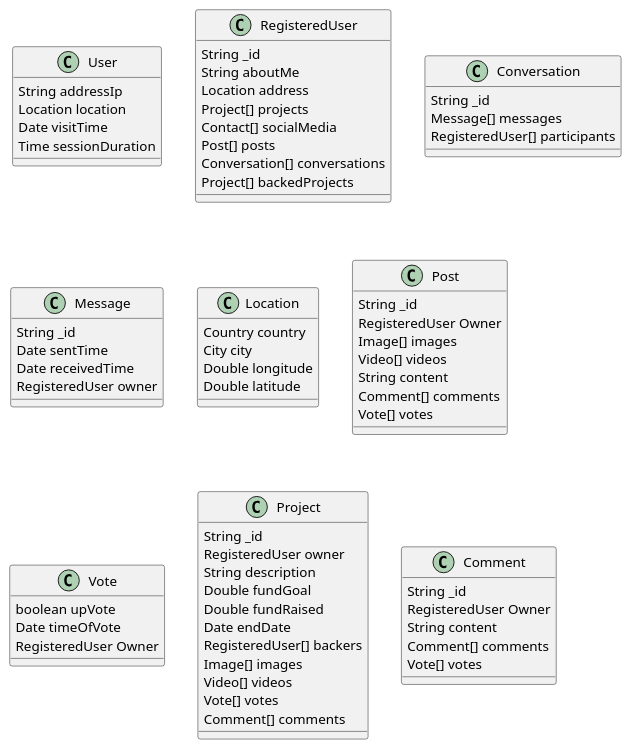
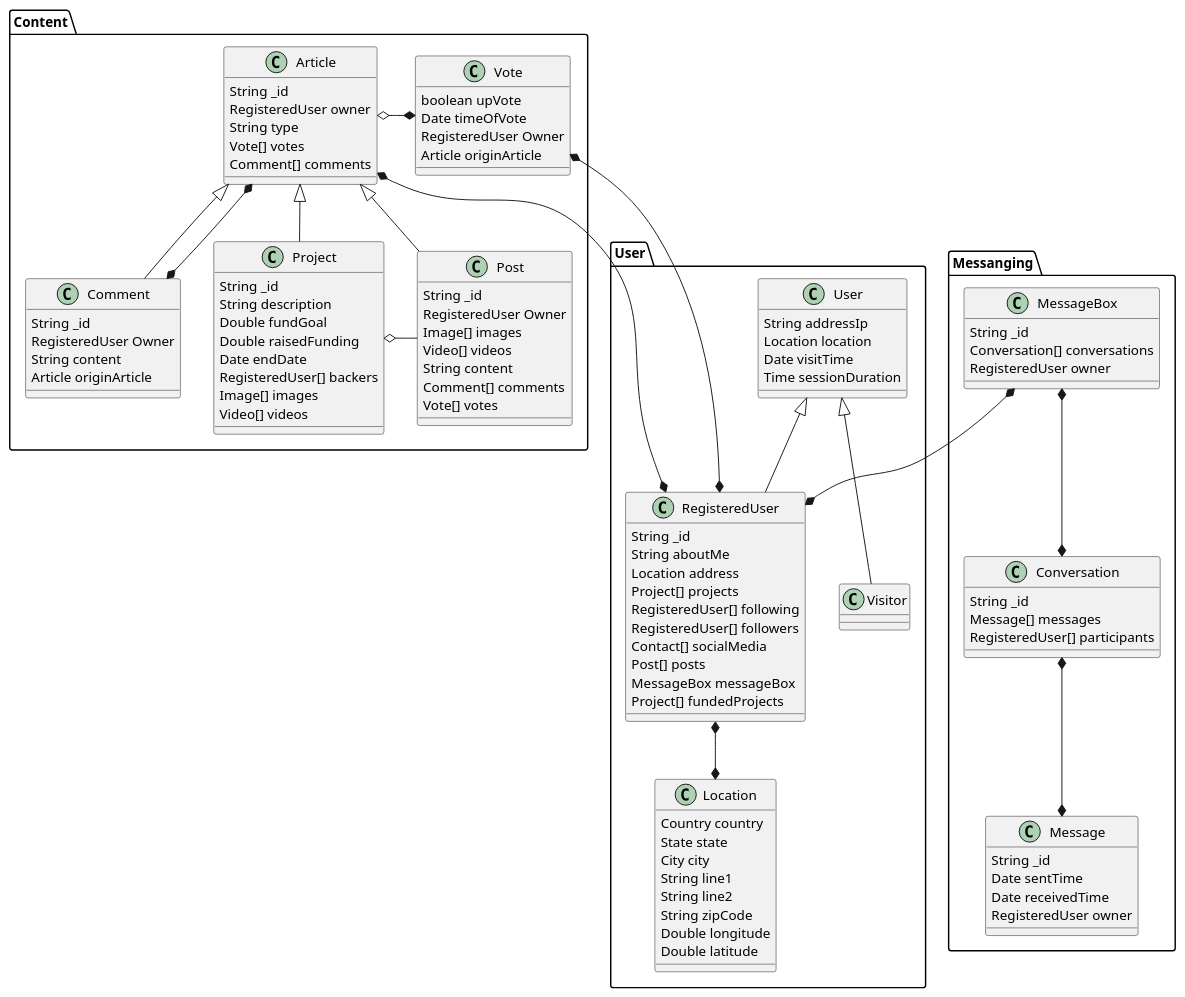
One commit to mlnomadpy/Sahem changed the diagram in Conception/Diagrams/plantUml/Class Diagrams/User.puml. Above: the diagram before and after it, drawn with PlantUML.

Commit message:
updated the class diagram

```diff
--- a/Conception/Diagrams/plantUml/Class Diagrams/User.puml
+++ b/Conception/Diagrams/plantUml/Class Diagrams/User.puml
@@ -1,70 +1,123 @@
 @startuml User
-class User {
-    String addressIp
-    Location location
-    Date visitTime
-    Time sessionDuration
+
+
+
+
+
+
+
+package Content{
+    class Post extends Article{
+        String _id
+        RegisteredUser Owner
+        Image[] images
+        Video[] videos
+        String content
+        Comment[] comments
+        Vote[] votes
+    }
+    class Vote{
+        boolean upVote
+        Date timeOfVote
+        RegisteredUser Owner
+        Article originArticle
+    }
+    class Project extends Article{
+        String _id
+        String description
+        Double fundGoal
+        Double raisedFunding
+        Date endDate
+        RegisteredUser[] backers
+        Image[] images
+        Video[] videos
+    }
+
+    class Comment extends Article{
+        String _id
+        RegisteredUser Owner
+        String content
+        Article originArticle
+    }
+    class Article{
+        String _id
+        RegisteredUser owner
+        String type
+        Vote[] votes
+        Comment[] comments
+    }
 }
-class RegisteredUser {
-    String _id
-    String aboutMe
-    Location address
-    Project[] projects
-    Contact[] socialMedia
-    Post[] posts
-    Conversation[] conversations
-    Project[] backedProjects
+package Messanging {
+
+    class MessageBox{
+        String _id
+        Conversation[] conversations
+        RegisteredUser owner
+    }
+    class Conversation{
+        String _id
+        Message[] messages
+        RegisteredUser[] participants
+    }
+    class Message{
+        String _id
+        Date sentTime
+        Date receivedTime
+        RegisteredUser owner
+    }
+
+
 }
-class Conversation{
-    String _id
-    Message[] messages
-    RegisteredUser[] participants
+package User{
+    
+    class User {
+        String addressIp
+        Location location
+        Date visitTime
+        Time sessionDuration
+    }
+
+
+    class RegisteredUser extends User{
+        String _id
+        String aboutMe
+        Location address
+        Project[] projects
+        RegisteredUser[] following
+        RegisteredUser[] followers
+        Contact[] socialMedia
+        Post[] posts
+        MessageBox messageBox
+        Project[] fundedProjects
+    }
+    class Visitor extends User{
+    }
+    class Location{
+        Country country
+        State state
+        City city
+        String line1
+        String line2
+        String zipCode
+        Double longitude
+        Double latitude
+    }
 }
-class Message{
-    String _id
-    Date sentTime
-    Date receivedTime
-    RegisteredUser owner
-}
-class Location{
-    Country country
-    City city
-    Double longitude
-    Double latitude
-}
-class Post{
-    String _id
-    RegisteredUser Owner
-    Image[] images
-    Video[] videos
-    String content
-    Comment[] comments
-    Vote[] votes
-}
-class Vote{
-    boolean upVote
-    Date timeOfVote
-    RegisteredUser Owner
-}
-class Project{
-    String _id
-    RegisteredUser owner
-    String description
-    Double fundGoal
-    Double fundRaised
-    Date endDate
-    RegisteredUser[] backers
-    Image[] images
-    Video[] videos
-    Vote[] votes
-    Comment[] comments
-}
+MessageBox  *--*  RegisteredUser
 
-class Comment{
-String _id
-RegisteredUser Owner
-String content
-Comment[] comments
-Vote[] votes
-}
+Article o-* Vote
+
+
+Article *--* Comment
+Project o- Post
+
+Article  *--*  RegisteredUser
+
+RegisteredUser *--* Location
+Vote  *---*  RegisteredUser
+
+MessageBox  *-down-*  Conversation
+Message  *-up-*  Conversation
+
+
 @enduml
```
